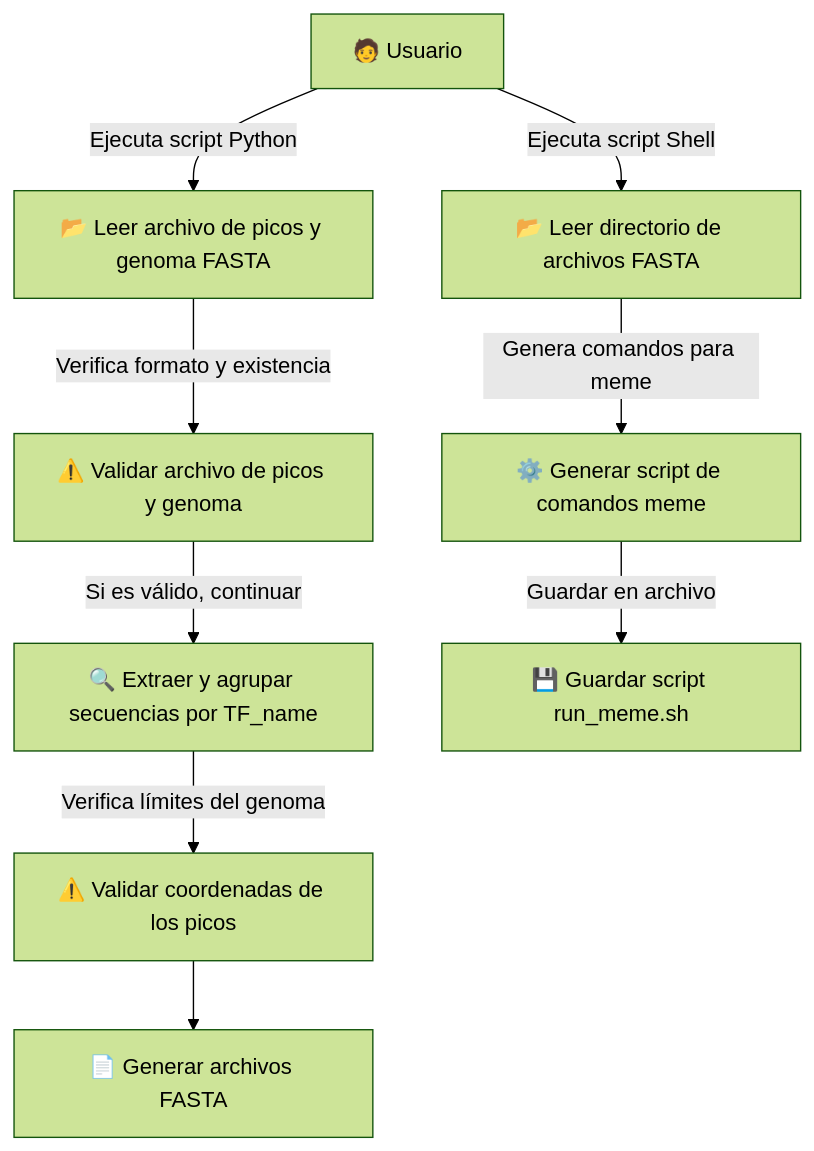
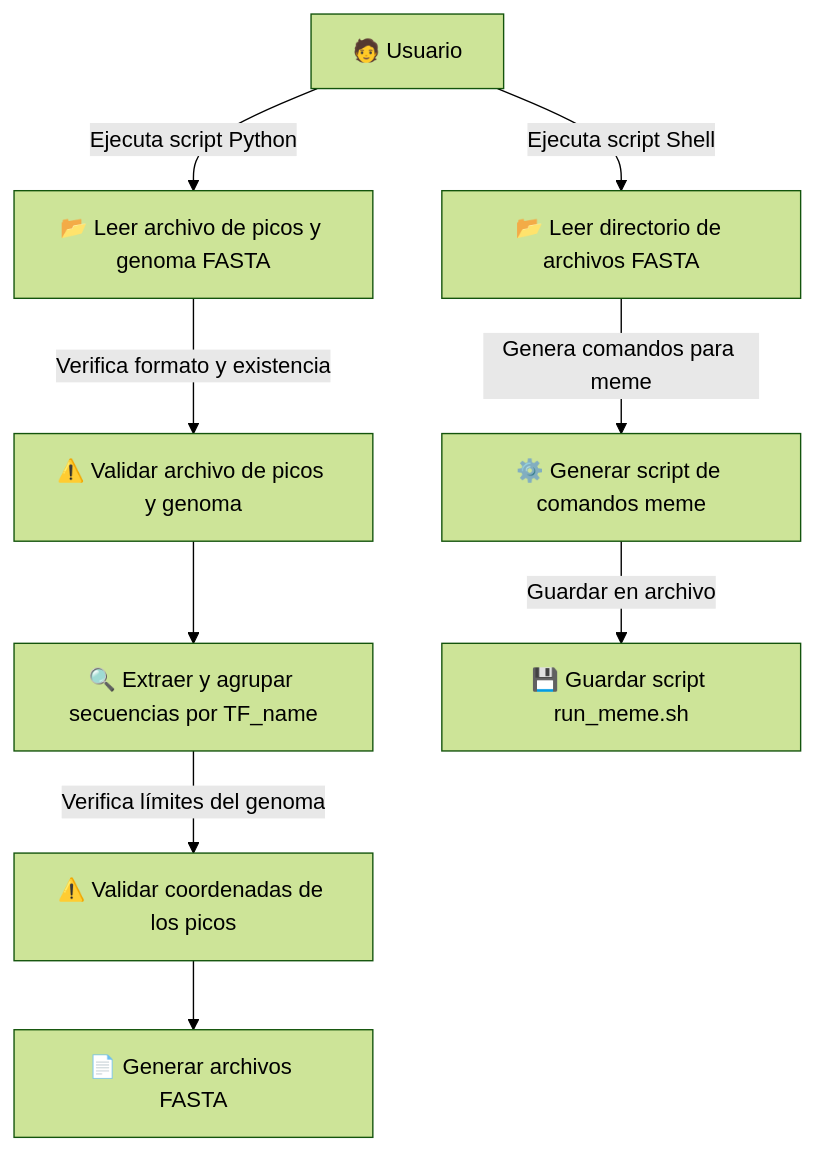
The diagram in docs/detalles_proyecto.md (mateomics/peak_analysis_AleCC), drawn with Mermaid (forest theme) before and after one commit.

Commit message:
Cambios al mermaid en detalles proyecto

````diff
--- a/docs/detalles_proyecto.md
+++ b/docs/detalles_proyecto.md
@@ -228,17 +228,17 @@
 ```mermaid
 %% Diagrama de Casos de Uso en Mermaid
 %% Representa la interacción del usuario con el sistema de extracción y análisis de secuencias FASTA
 
 graph TD
   usuario["🧑 Usuario"] -->|Ejecuta script Python| UC1["📂 Leer archivo de picos y genoma FASTA"]
   UC1 -->|Verifica formato y existencia| UC1a["⚠️ Validar archivo de picos y genoma"]
-  UC1a -->|Si es válido, continuar| UC2["🔍 Extraer y agrupar secuencias por TF_name"]
+  UC1a --> UC2["🔍 Extraer y agrupar secuencias por TF_name"]
 
   UC2 -->|Verifica límites del genoma| UC2a["⚠️ Validar coordenadas de los picos"]
   UC2a --> UC3["📄 Generar archivos FASTA"]
   
   usuario -->|Ejecuta script Shell| UC4["📂 Leer directorio de archivos FASTA"]
   UC4 -->|Genera comandos para meme| UC5["⚙️ Generar script de comandos meme"]
   UC5 -->|Guardar en archivo| UC6["💾 Guardar script run_meme.sh"]
 
 ```
````
